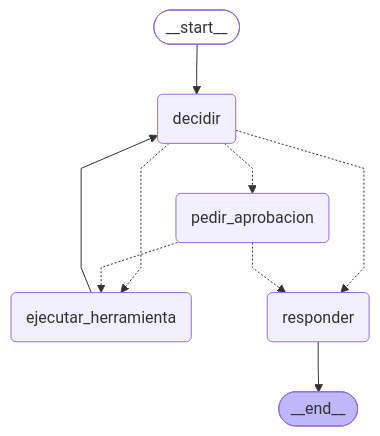
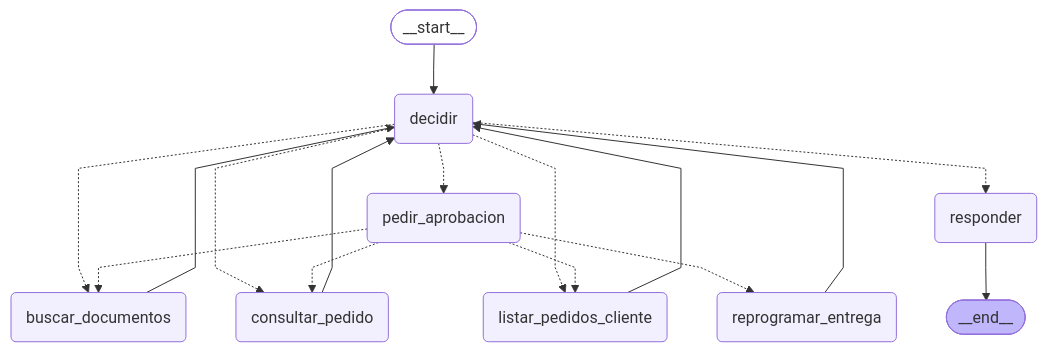
The diagram in docs/grafo.mmd (gonzazago/FDE), drawn with Mermaid before and after one commit. The commit also changed 50 other files, not shown here.

```diff
--- a/docs/grafo.mmd
+++ b/docs/grafo.mmd
@@ -1,23 +1,33 @@
 ---
 config:
   flowchart:
     curve: linear
 ---
 graph TD;
 	__start__([<p>__start__</p>]):::first
 	decidir(decidir)
-	ejecutar_herramienta(ejecutar_herramienta)
 	pedir_aprobacion(pedir_aprobacion)
+	buscar_documentos(buscar_documentos)
+	consultar_pedido(consultar_pedido)
+	listar_pedidos_cliente(listar_pedidos_cliente)
+	reprogramar_entrega(reprogramar_entrega)
 	responder(responder)
 	__end__([<p>__end__</p>]):::last
 	__start__ --> decidir;
-	decidir -.-> ejecutar_herramienta;
+	buscar_documentos --> decidir;
+	consultar_pedido --> decidir;
+	decidir -.-> buscar_documentos;
+	decidir -.-> consultar_pedido;
+	decidir -.-> listar_pedidos_cliente;
 	decidir -.-> pedir_aprobacion;
 	decidir -.-> responder;
-	ejecutar_herramienta --> decidir;
-	pedir_aprobacion -.-> ejecutar_herramienta;
-	pedir_aprobacion -.-> responder;
+	listar_pedidos_cliente --> decidir;
+	pedir_aprobacion -.-> buscar_documentos;
+	pedir_aprobacion -.-> consultar_pedido;
+	pedir_aprobacion -.-> listar_pedidos_cliente;
+	pedir_aprobacion -.-> reprogramar_entrega;
+	reprogramar_entrega --> decidir;
 	responder --> __end__;
 	classDef default fill:#f2f0ff,line-height:1.2
 	classDef first fill-opacity:0
 	classDef last fill:#bfb6fc
```
